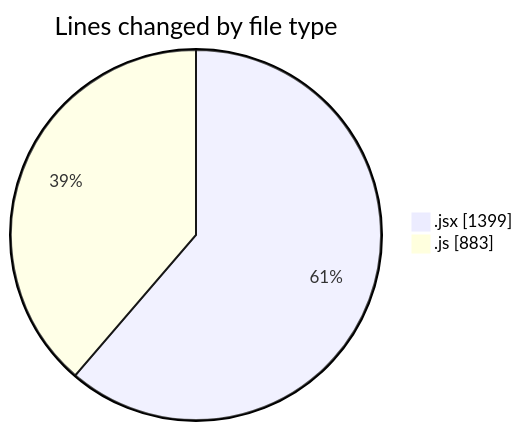
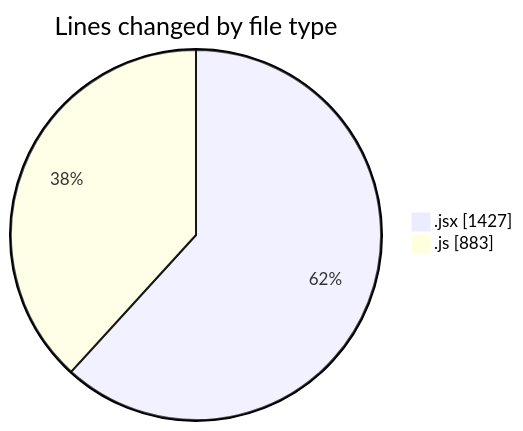
The first of 2 diagrams in 2025-09-15/nxtqube_webapp/README.md (nxtqubesakshisongat/code-tracking), drawn with Mermaid before and after one commit. The commit also changed other lines of this file and 1 other file, not shown here.

````diff
--- a/2025-09-15/nxtqube_webapp/README.md
+++ b/2025-09-15/nxtqube_webapp/README.md
@@ -22,6 +22,6 @@
 ```mermaid
 pie showData
 title Lines changed by file type
-".jsx" : 1399
+".jsx" : 1427
 ".js" : 883
 ```
````
